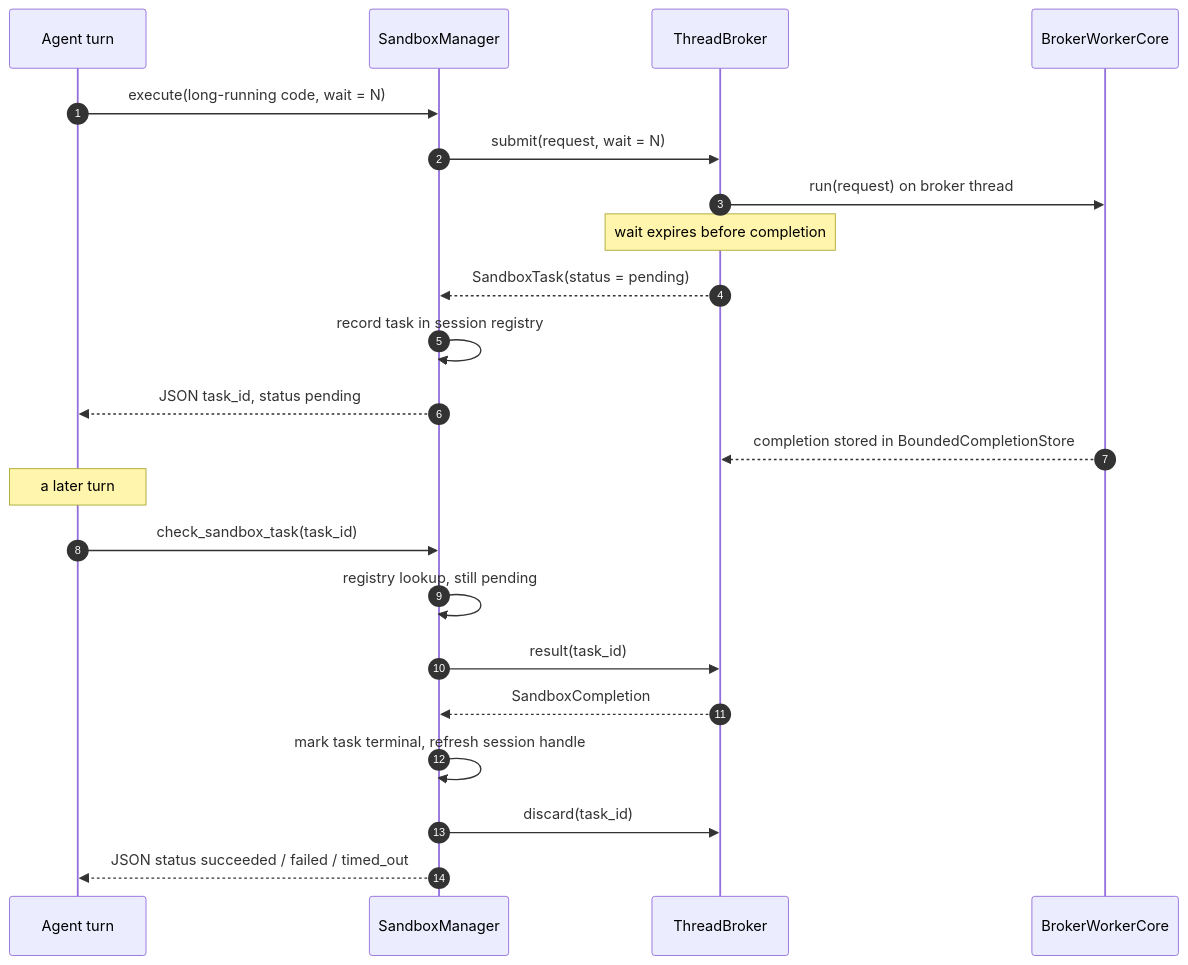
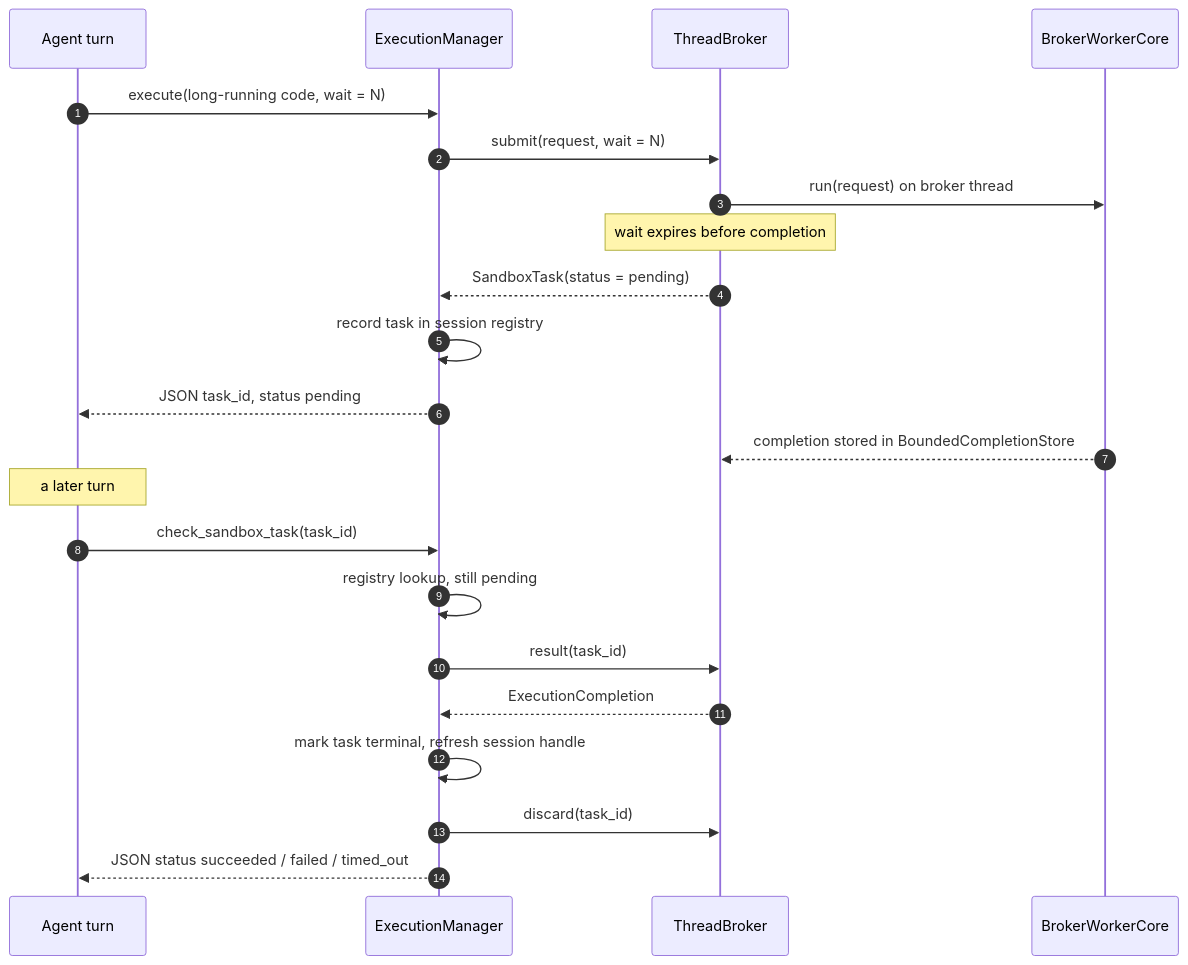
One commit to yaalalabs/agent-kernel changed the sixth of 9 diagrams in docs/docs/architecture/sandbox-internals.md. Above: the diagram before and after it, drawn with Mermaid. The commit also changed other lines of this file and 27 other files, not shown here.

First line of the commit message:
refactor: rename SandboxManager to ExecutionManager and related classes for clarity

````diff
--- a/docs/docs/architecture/sandbox-internals.md
+++ b/docs/docs/architecture/sandbox-internals.md
@@ -342,26 +378,26 @@
 ```mermaid
 sequenceDiagram
     autonumber
     participant LLM as Agent turn
-    participant Mgr as SandboxManager
+    participant Mgr as ExecutionManager
     participant Brk as ThreadBroker
     participant Core as BrokerWorkerCore
 
     LLM->>Mgr: execute(long-running code, wait = N)
     Mgr->>Brk: submit(request, wait = N)
     Brk->>Core: run(request) on broker thread
     Note over Brk: wait expires before completion
     Brk-->>Mgr: SandboxTask(status = pending)
     Mgr->>Mgr: record task in session registry
     Mgr-->>LLM: JSON task_id, status pending
     Core-->>Brk: completion stored in BoundedCompletionStore
 
     Note over LLM: a later turn
     LLM->>Mgr: check_sandbox_task(task_id)
     Mgr->>Mgr: registry lookup, still pending
     Mgr->>Brk: result(task_id)
-    Brk-->>Mgr: SandboxCompletion
+    Brk-->>Mgr: ExecutionCompletion
     Mgr->>Mgr: mark task terminal, refresh session handle
     Mgr->>Brk: discard(task_id)
     Mgr-->>LLM: JSON status succeeded / failed / timed_out
 ```
````
